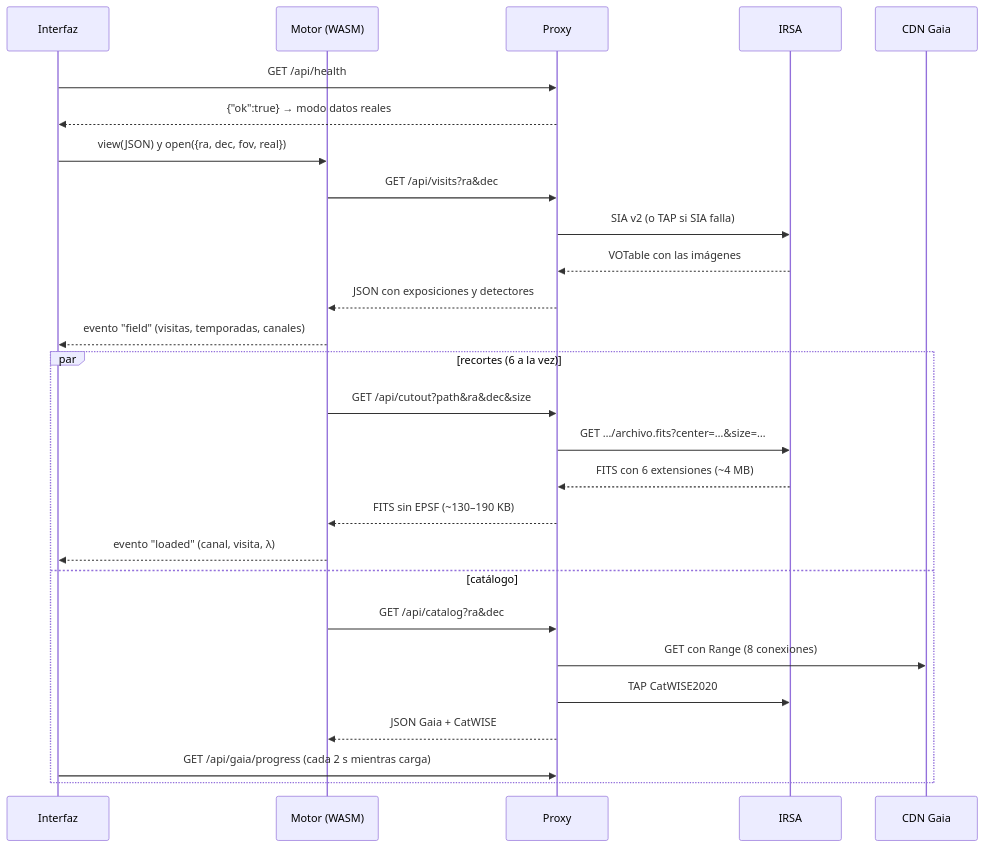
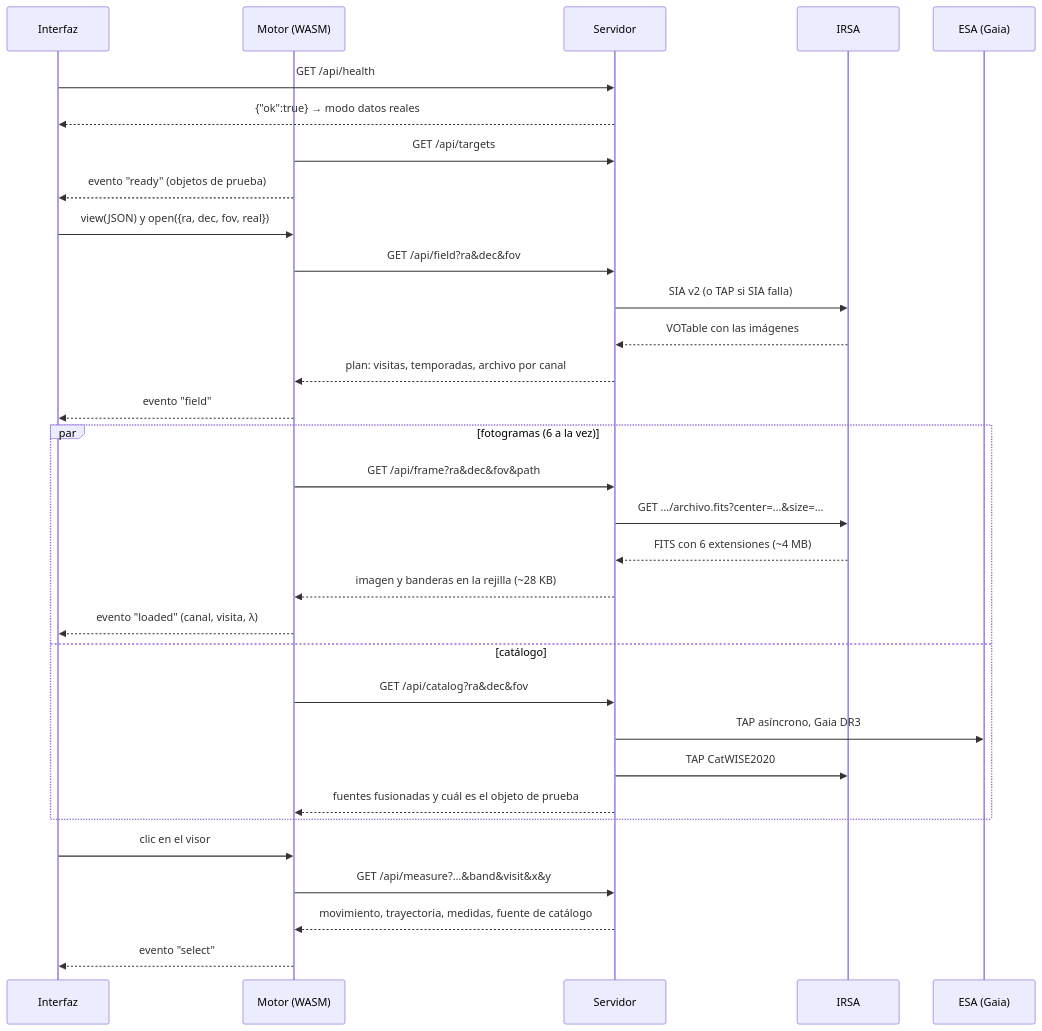
Before and after one commit to calmestend/tifis: the second of 2 diagrams in docs/protocolos-y-datos.md, drawn with Mermaid. The commit also changed other lines of this file and 48 other files, not shown here.

First line of the commit message:
Migra el servidor/proxy de Go a Python (astropy, astroquery, photutils)

````diff
--- a/docs/protocolos-y-datos.md
+++ b/docs/protocolos-y-datos.md
@@ -47,29 +57,34 @@
 ```mermaid
 sequenceDiagram
   participant U as Interfaz
   participant M as Motor (WASM)
-  participant P as Proxy
+  participant S as Servidor
   participant I as IRSA
-  participant G as CDN Gaia
-  U->>P: GET /api/health
-  P-->>U: {"ok":true} → modo datos reales
+  participant G as ESA (Gaia)
+  U->>S: GET /api/health
+  S-->>U: {"ok":true} → modo datos reales
+  M->>S: GET /api/targets
+  M-->>U: evento "ready" (objetos de prueba)
   U->>M: view(JSON) y open({ra, dec, fov, real})
-  M->>P: GET /api/visits?ra&dec
-  P->>I: SIA v2 (o TAP si SIA falla)
-  I-->>P: VOTable con las imágenes
-  P-->>M: JSON con exposiciones y detectores
-  M-->>U: evento "field" (visitas, temporadas, canales)
-  par recortes (6 a la vez)
-    M->>P: GET /api/cutout?path&ra&dec&size
-    P->>I: GET …/archivo.fits?center=…&size=…
-    I-->>P: FITS con 6 extensiones (~4 MB)
-    P-->>M: FITS sin EPSF (~130–190 KB)
+  M->>S: GET /api/field?ra&dec&fov
+  S->>I: SIA v2 (o TAP si SIA falla)
+  I-->>S: VOTable con las imágenes
+  S-->>M: plan: visitas, temporadas, archivo por canal
+  M-->>U: evento "field"
+  par fotogramas (6 a la vez)
+    M->>S: GET /api/frame?ra&dec&fov&path
+    S->>I: GET …/archivo.fits?center=…&size=…
+    I-->>S: FITS con 6 extensiones (~4 MB)
+    S-->>M: imagen y banderas en la rejilla (~28 KB)
     M-->>U: evento "loaded" (canal, visita, λ)
   and catálogo
-    M->>P: GET /api/catalog?ra&dec
-    P->>G: GET con Range (8 conexiones)
-    P->>I: TAP CatWISE2020
-    P-->>M: JSON Gaia + CatWISE
-    U->>P: GET /api/gaia/progress (cada 2 s mientras carga)
+    M->>S: GET /api/catalog?ra&dec&fov
+    S->>G: TAP asíncrono, Gaia DR3
+    S->>I: TAP CatWISE2020
+    S-->>M: fuentes fusionadas y cuál es el objeto de prueba
   end
+  U->>M: clic en el visor
+  M->>S: GET /api/measure?…&band&visit&x&y
+  S-->>M: movimiento, trayectoria, medidas, fuente de catálogo
+  M-->>U: evento "select"
 ```
````
